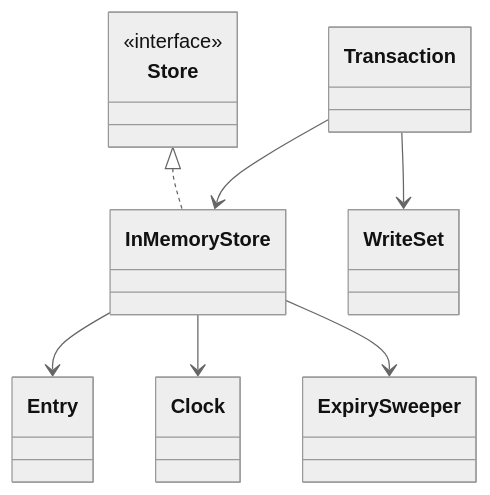
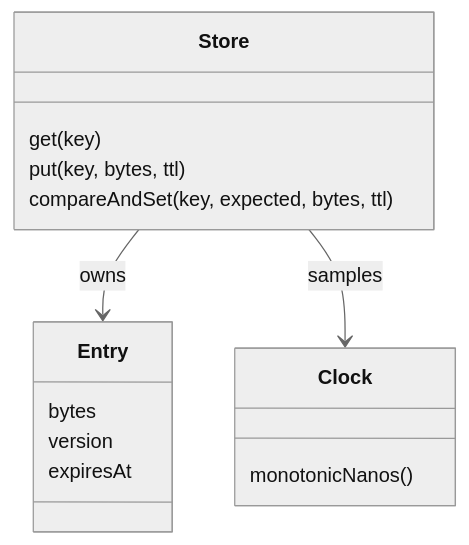
The diagram in low-level-design/in-memory-key-value-store.md (Anilinfo2015/anilinfo2015.github.io), drawn with Mermaid (neutral theme) before and after one commit. The commit also changed other lines of this file and 58 other files, not shown here.

````diff
--- a/low-level-design/in-memory-key-value-store.md
+++ b/low-level-design/in-memory-key-value-store.md
@@ -65,18 +24,18 @@
 ```mermaid
 classDiagram
     class Store {
-        <<interface>>
+        get(key)
+        put(key, bytes, ttl)
+        compareAndSet(key, expected, bytes, ttl)
     }
-    class InMemoryStore
-    class Entry
-    class Transaction
-    class WriteSet
-    class ExpirySweeper
-    class Clock
-    Store <|.. InMemoryStore
-    InMemoryStore --> Entry
-    InMemoryStore --> Clock
-    InMemoryStore --> ExpirySweeper
-    Transaction --> WriteSet
-    Transaction --> InMemoryStore
+    class Entry {
+        bytes
+        version
+        expiresAt
+    }
+    class Clock {
+        monotonicNanos()
+    }
+    Store --> Entry : owns
+    Store --> Clock : samples
 ```
````
